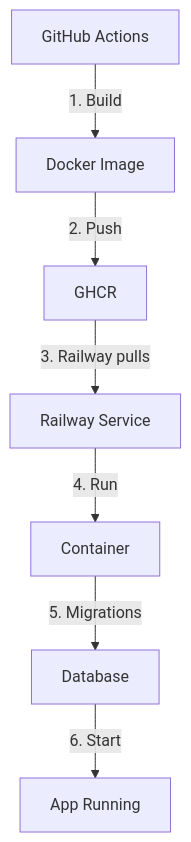
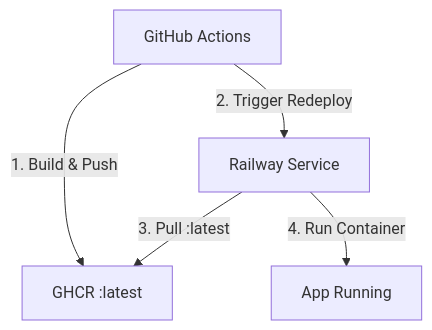
One commit to dungcodejob/easy-english changed the diagram in .github/workflows/RAILWAY_SETUP.md. Above: the diagram before and after it, drawn with Mermaid. The commit also changed other lines of this file and 6 other files, not shown here.

Commit message:
feat: introduce GitHub Actions CI/CD for Railway backend deployment, Dockerfile, and database configuration.

````diff
--- a/.github/workflows/RAILWAY_SETUP.md
+++ b/.github/workflows/RAILWAY_SETUP.md
@@ -128,9 +129,7 @@
-```mermaid
-graph TD
-    A[GitHub Actions] -->|1. Build| B[Docker Image]
-    B -->|2. Push| C[GHCR]
-    C -->|3. Railway pulls| D[Railway Service]
-    D -->|4. Run| E[Container]
-    E -->|5. Migrations| F[Database]
-    F -->|6. Start| G[App Running]
-```
+ ```mermaid
+ graph TD
+     A[GitHub Actions] -->|1. Build & Push| B[GHCR :latest]
+     A -->|2. Trigger Redeploy| C[Railway Service]
+     C -->|3. Pull :latest| B
+     C -->|4. Run Container| D[App Running]
+ ```
````
